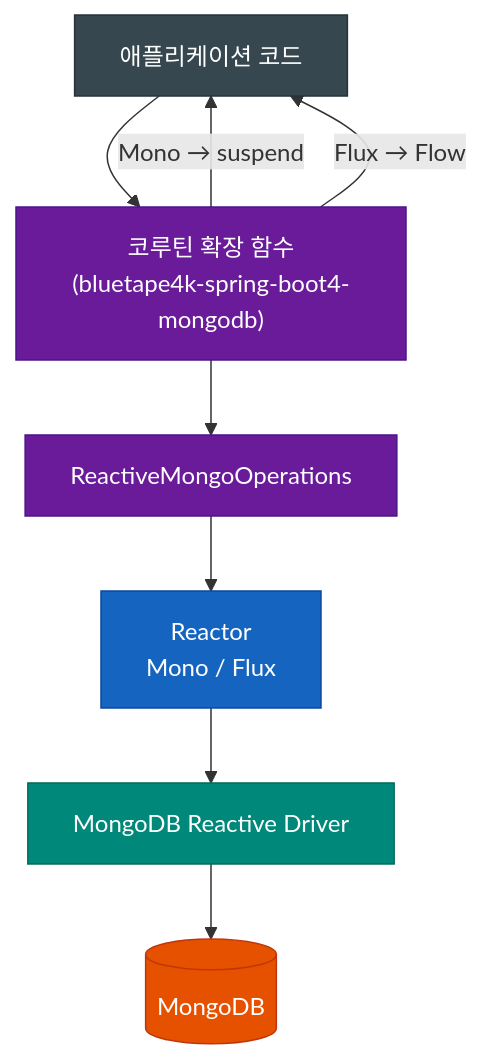
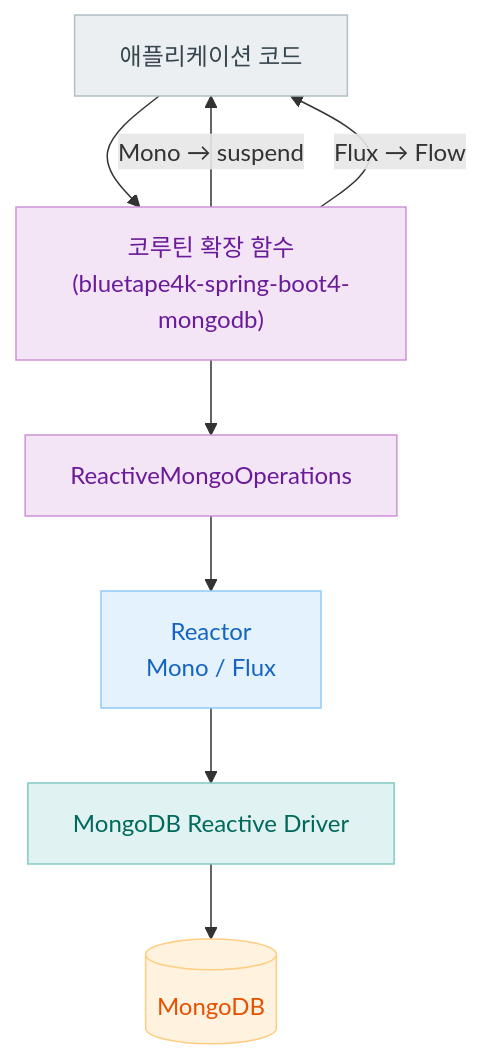
Before and after one commit to bluetape4k/bluetape4k-projects: the second of 4 diagrams in spring-boot4/mongodb/README.ko.md, drawn with Mermaid. The commit also changed other lines of this file and 219 other files, not shown here.

First line of the commit message:
docs: 전체 README Mermaid 다이어그램 가이드 적용

````diff
--- a/spring-boot4/mongodb/README.ko.md
+++ b/spring-boot4/mongodb/README.ko.md
@@ -168,22 +168,22 @@
 ```mermaid
 flowchart TD
     App["애플리케이션 코드"] --> Ext["코루틴 확장 함수<br/>(bluetape4k-spring-boot4-mongodb)"]
     Ext --> ROps["ReactiveMongoOperations"]
     ROps --> Reactor["Reactor<br/>Mono / Flux"]
     Reactor --> Driver["MongoDB Reactive Driver"]
     Driver --> MongoDB[("MongoDB")]
     Ext -- "Mono → suspend" --> App
     Ext -- "Flux → Flow" --> App
 
-    classDef appStyle fill:#37474F,stroke:#263238,color:#FFFFFF
-    classDef extStyle fill:#6A1B9A,stroke:#4A148C,color:#FFFFFF
-    classDef reactorStyle fill:#1565C0,stroke:#0D47A1,color:#FFFFFF
-    classDef driverStyle fill:#00897B,stroke:#00695C,color:#FFFFFF
-    classDef dbStyle fill:#E65100,stroke:#BF360C,color:#FFFFFF
+    classDef appStyle fill:#ECEFF1,stroke:#B0BEC5,color:#37474F
+    classDef extStyle fill:#F3E5F5,stroke:#CE93D8,color:#6A1B9A
+    classDef reactorStyle fill:#E3F2FD,stroke:#90CAF9,color:#1565C0
+    classDef driverStyle fill:#E0F2F1,stroke:#80CBC4,color:#00695C
+    classDef dbStyle fill:#FFF3E0,stroke:#FFCC80,color:#E65100
 
     class App appStyle
     class Ext,ROps extStyle
     class Reactor reactorStyle
     class Driver driverStyle
     class MongoDB dbStyle
 ```
````
